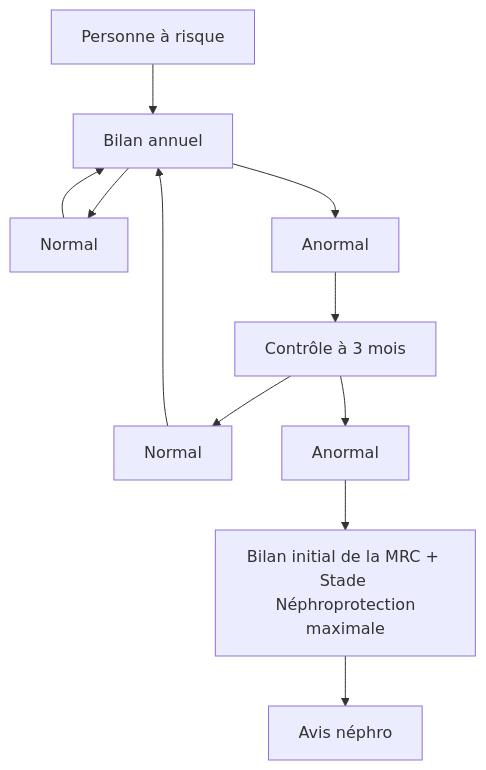
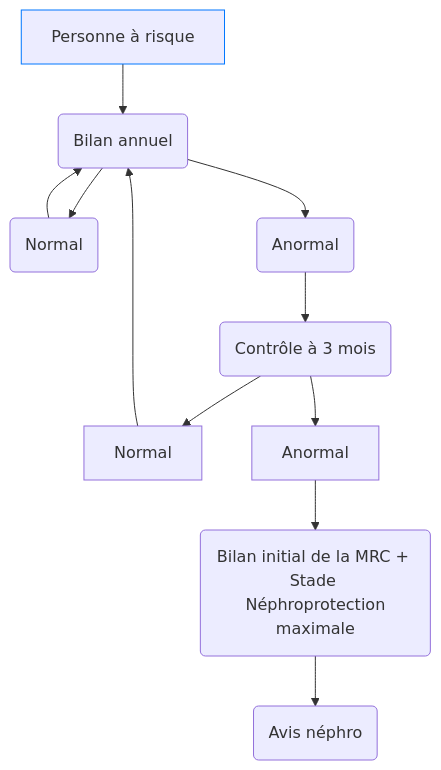
The diagram in content/recommandations/insuffisance-renale-chronique.md (djibe/recommandations-medicales), drawn with Mermaid before and after one commit. The commit also changed other lines of this file and 7 other files, not shown here.

```diff
--- a/content/recommandations/insuffisance-renale-chronique.md
+++ b/content/recommandations/insuffisance-renale-chronique.md
@@ -174,13 +174,14 @@
 {{< mermaid >}}
 graph TB
-1[Personne à risque] --> 2[Bilan annuel]
-2 --> 3N[Normal]
+fdr[Personne à risque] --> 2(Bilan annuel)
+style fdr stroke:#0077ff, stroke-width:1px
+2 --> 3N(Normal)
   3N --> 2
-2 --> 3A[Anormal]
-3A --> 4[Contrôle à 3 mois]
-4 --> 5N[Normal]
-  5N --> 2
-4 --> 5A[Anormal]
-5A --> 6[Bilan initial de la MRC + Stade <br> Néphroprotection maximale]
-6 --> 7[Avis néphro]
+2 --> 3A(Anormal)
+3A --> 4(Contrôle à 3 mois)
+4 --> Normal
+  Normal --> 2
+4 --> Anormal
+Anormal --> bilan(Bilan initial de la MRC + Stade <br> Néphroprotection maximale)
+bilan --> 7(Avis néphro)
 {{< /mermaid >}}
```
